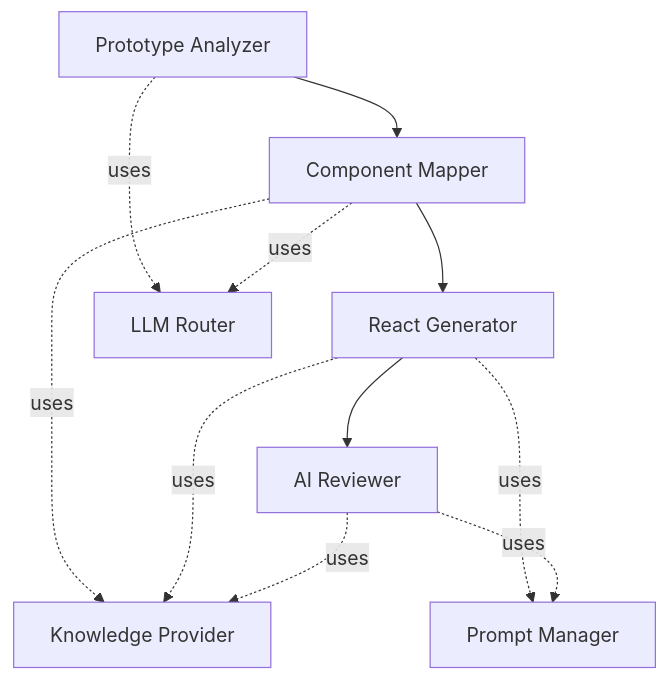
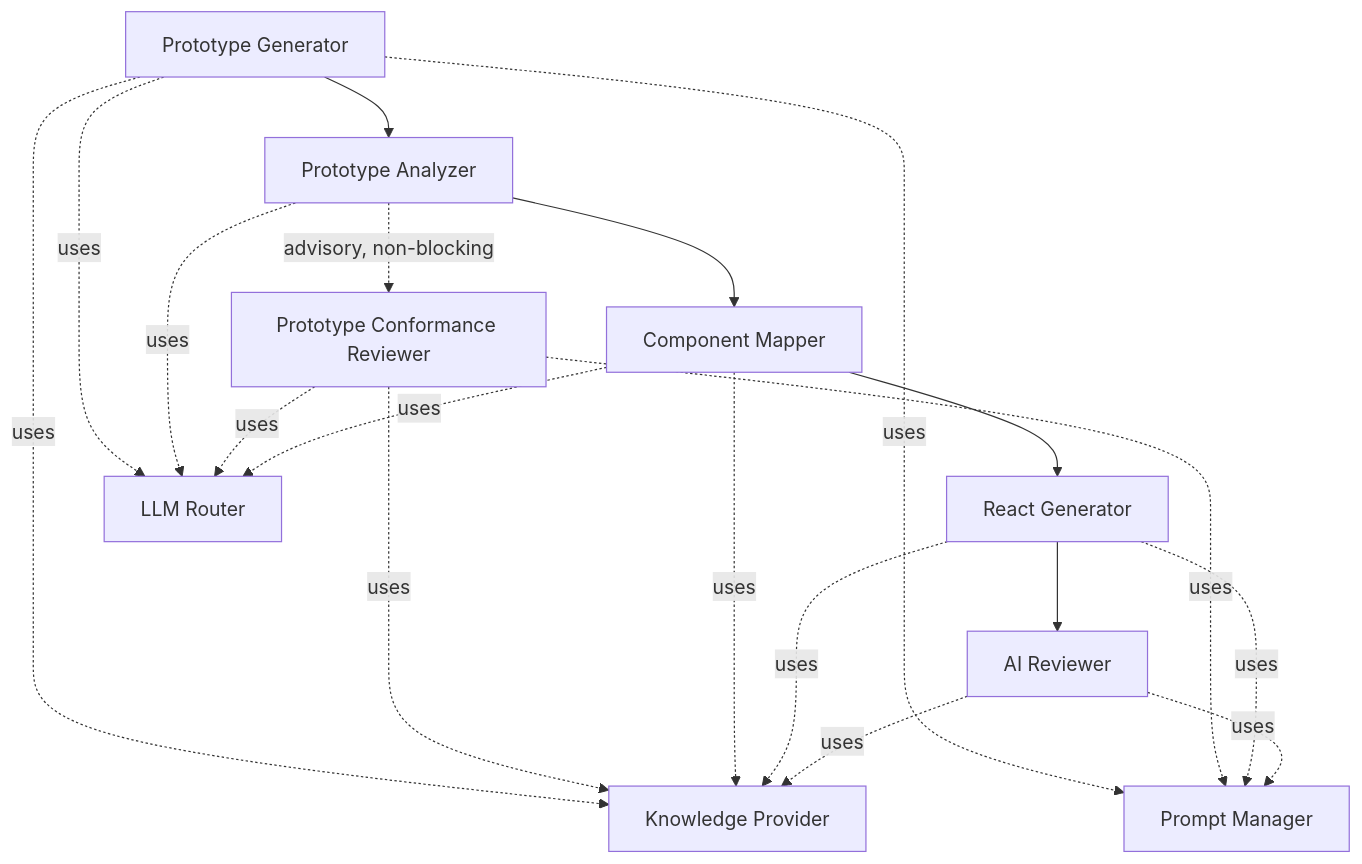
The diagram in Docs/00-foundation/02-module-breakdown.md (IsharaKumararathna/AI_FE_ENG), drawn with Mermaid before and after one commit. The commit also changed other lines of this file and 13 other files, not shown here.

Commit message:
Enhance system architecture with Prototype Conformance Review and Generator

````diff
--- a/Docs/00-foundation/02-module-breakdown.md
+++ b/Docs/00-foundation/02-module-breakdown.md
@@ -53,13 +57,21 @@
 ```mermaid
 flowchart TD
+    S0[Prototype Generator] --> S1[Prototype Analyzer]
     S1[Prototype Analyzer] --> S2[Component Mapper]
+    S1 -.advisory, non-blocking.-> S1A[Prototype Conformance Reviewer]
     S2 --> S3[React Generator]
     S3 --> S4[AI Reviewer]
-    S1 -.uses.-> R[LLM Router]
-    S2 -.uses.-> K[Knowledge Provider]
+    S0 -.uses.-> K[Knowledge Provider]
+    S0 -.uses.-> R[LLM Router]
+    S0 -.uses.-> PM[Prompt Manager]
+    S1 -.uses.-> R
+    S1A -.uses.-> K
+    S1A -.uses.-> R
+    S1A -.uses.-> PM
+    S2 -.uses.-> K
     S2 -.uses.-> R
     S3 -.uses.-> K
-    S3 -.uses.-> PM[Prompt Manager]
+    S3 -.uses.-> PM
     S4 -.uses.-> K
     S4 -.uses.-> PM
 ```
````
